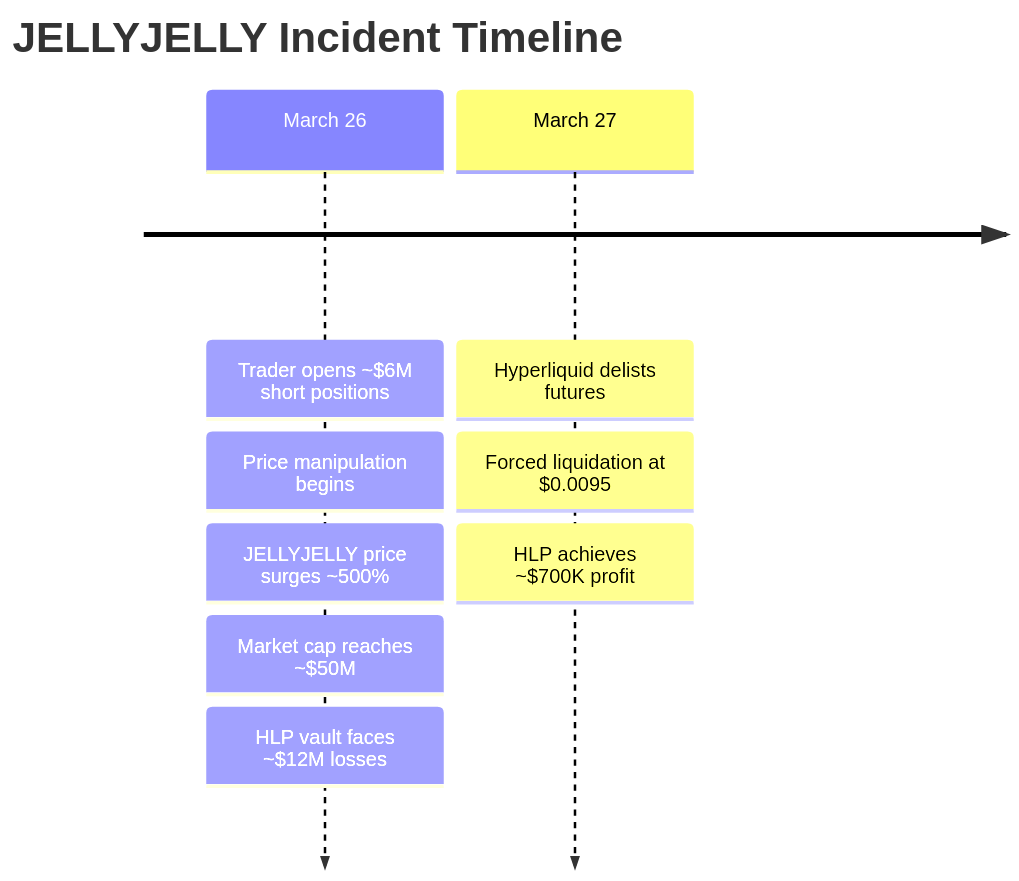
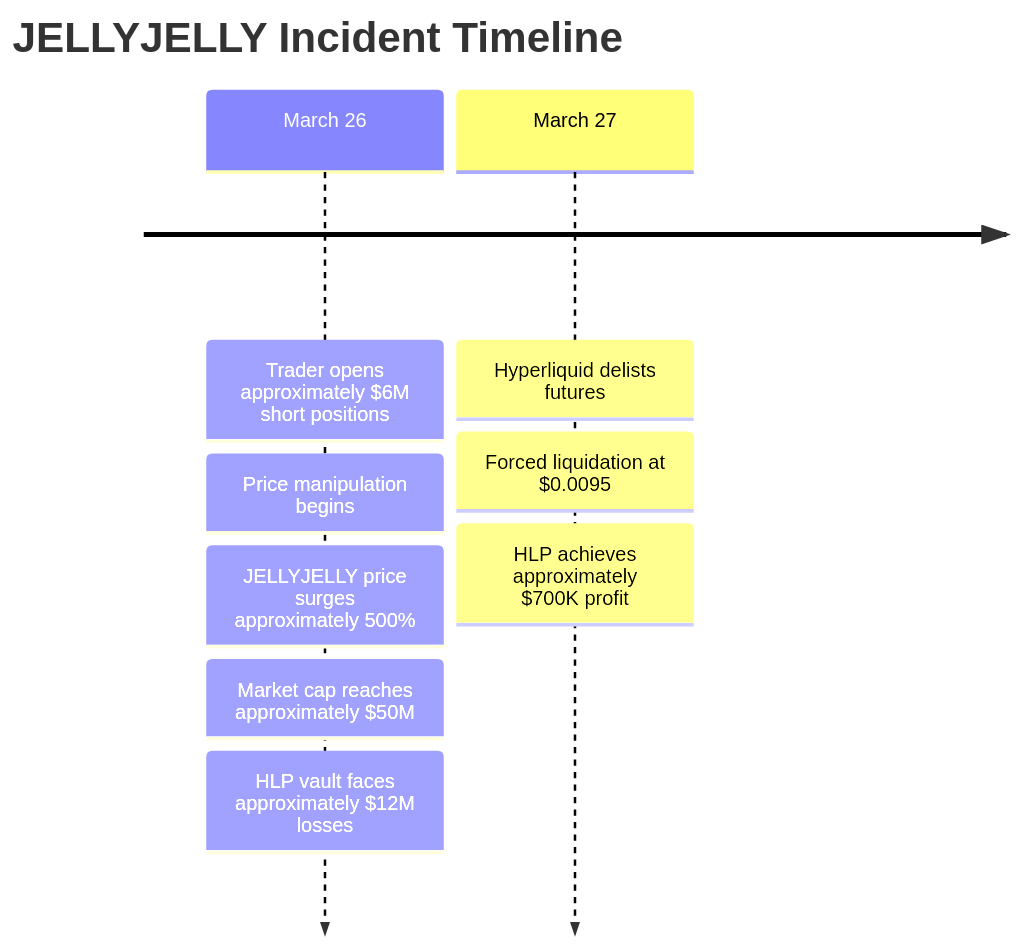
Before and after one commit to chanchann/blog: the diagram in _posts/2025-03-27-hypejelly.md, drawn with Mermaid. The commit also changed other lines of this file and 1 other file, not shown here.

Commit message:
feat: Enhance kramdown configuration and improve clarity in JELLYJELLY incident report by standardizing language and formatting

````diff
--- a/_posts/2025-03-27-hypejelly.md
+++ b/_posts/2025-03-27-hypejelly.md
@@ -53,12 +53,12 @@
 ```mermaid
 timeline
     title JELLYJELLY Incident Timeline
-    March 26 : Trader opens ~$6M short positions
+    March 26 : Trader opens approximately $6M short positions
     : Price manipulation begins
-    : JELLYJELLY price surges ~500%
-    : Market cap reaches ~$50M
-    : HLP vault faces ~$12M losses
+    : JELLYJELLY price surges approximately 500%
+    : Market cap reaches approximately $50M
+    : HLP vault faces approximately $12M losses
     March 27 : Hyperliquid delists futures
     : Forced liquidation at $0.0095
-    : HLP achieves ~$700K profit
+    : HLP achieves approximately $700K profit
 ```
````
